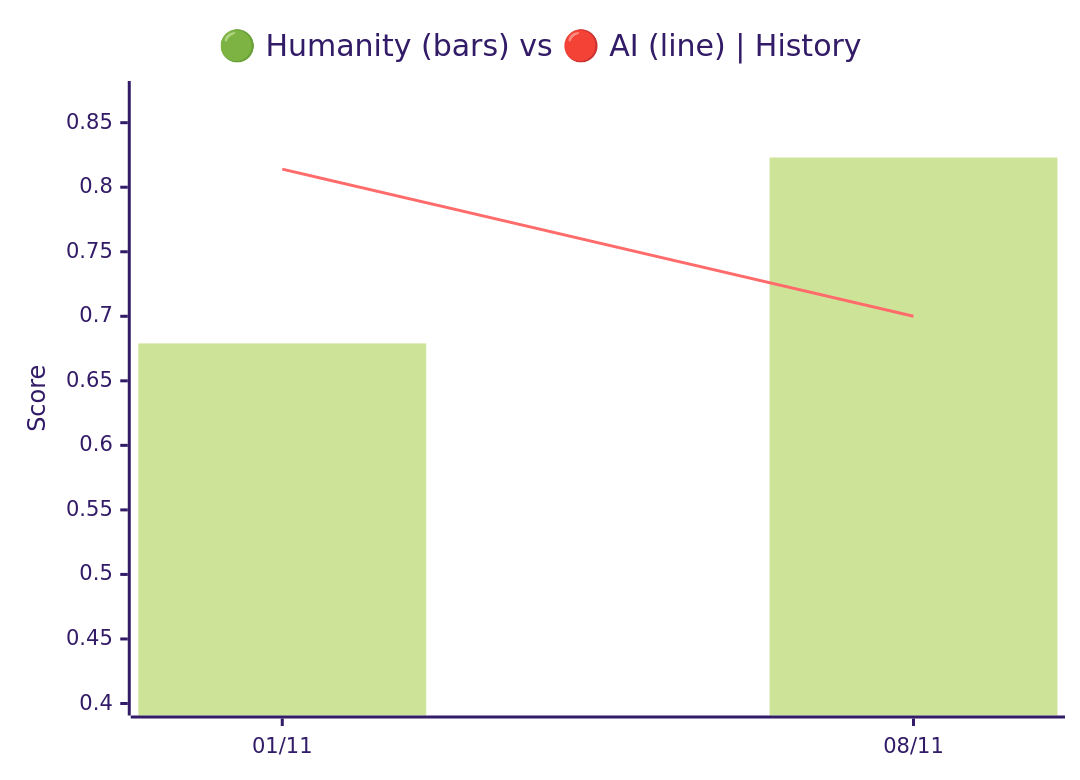
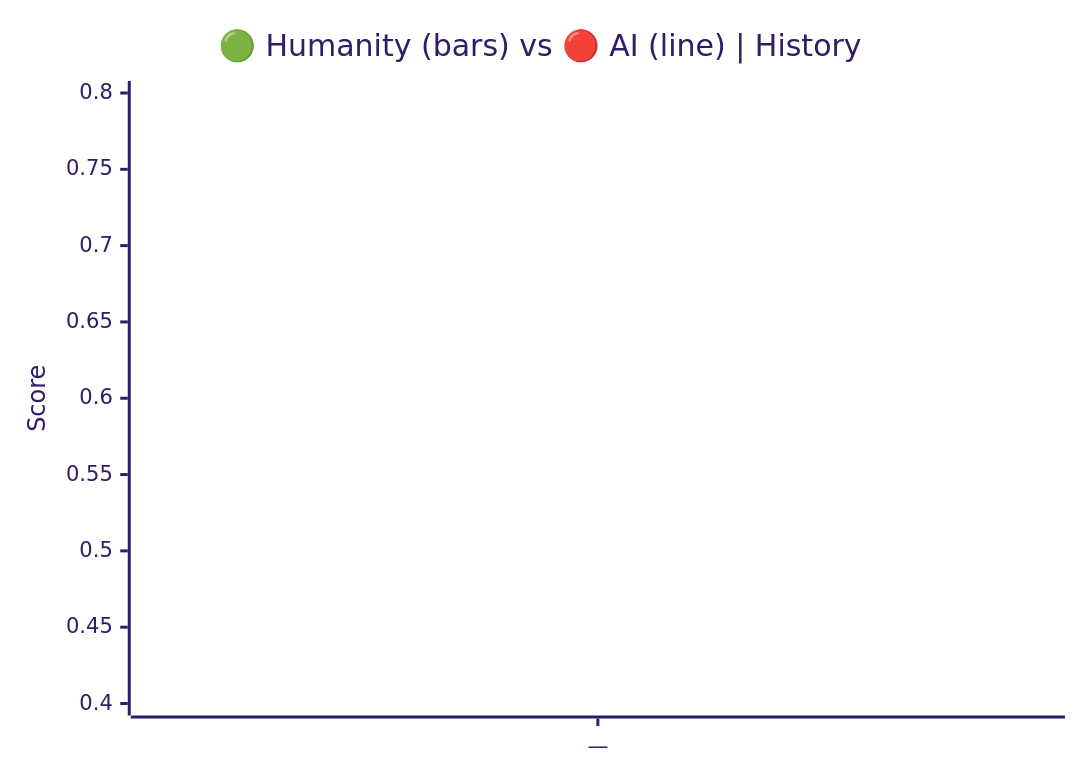
One commit to VQQLK/Human-AI-Monitor changed the first of 3 diagrams in README.md. Above: the diagram before and after it, drawn with Mermaid (forest theme). The commit also changed other lines of this file and 2 other files, not shown here.

````diff
--- a/README.md
+++ b/README.md
@@ -34,8 +34,8 @@
 ```mermaid
 xychart-beta
     title "🟢 Humanity (bars) vs 🔴 AI (line) | History"
-    x-axis ["01/11", "08/11"]
-    y-axis "Score" 0.400 --> 0.873
-    bar [0.679, 0.823]
-    line [0.814, 0.700]
+    x-axis ["—"]
+    y-axis "Score" 0.400 --> 0.800
+    bar [0]
+    line [0]
 ```
````
